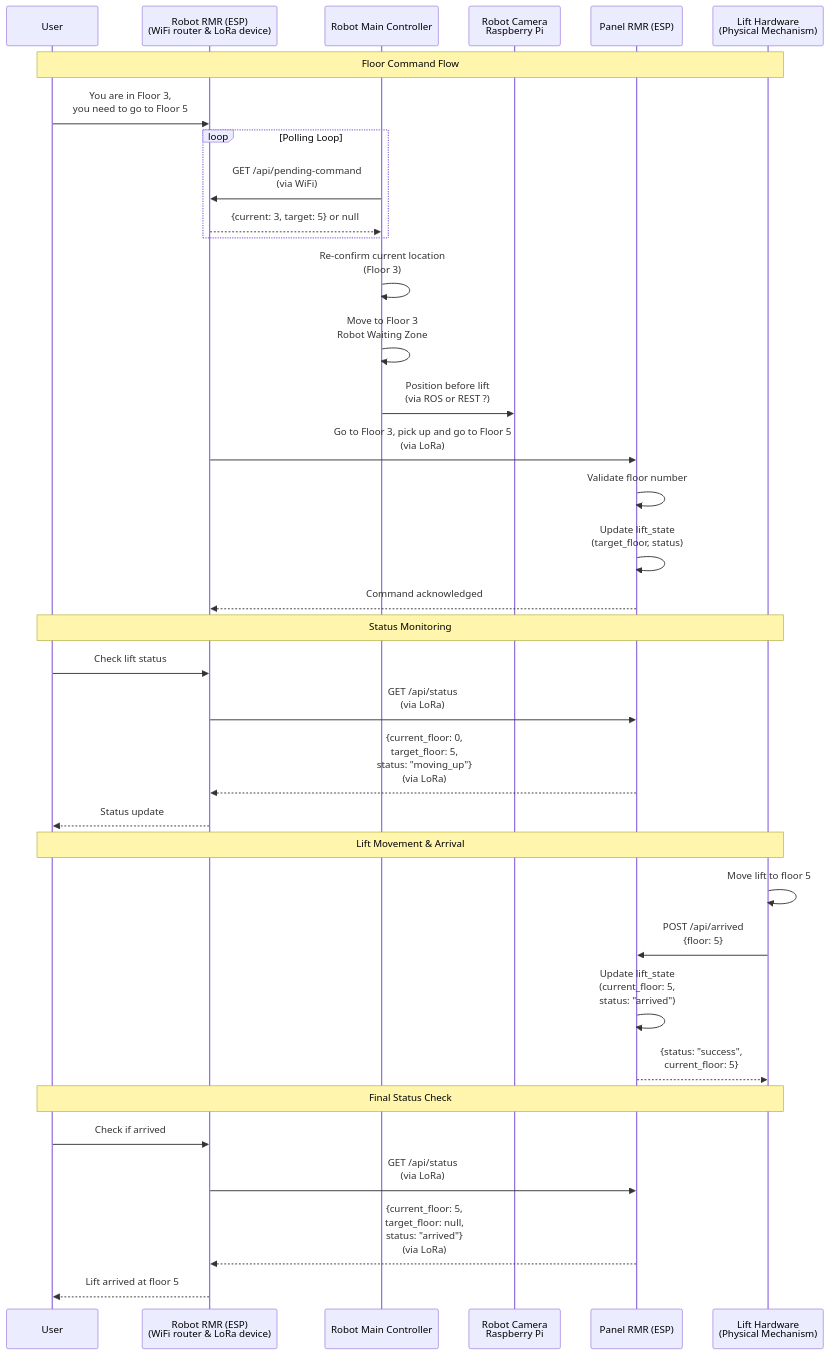
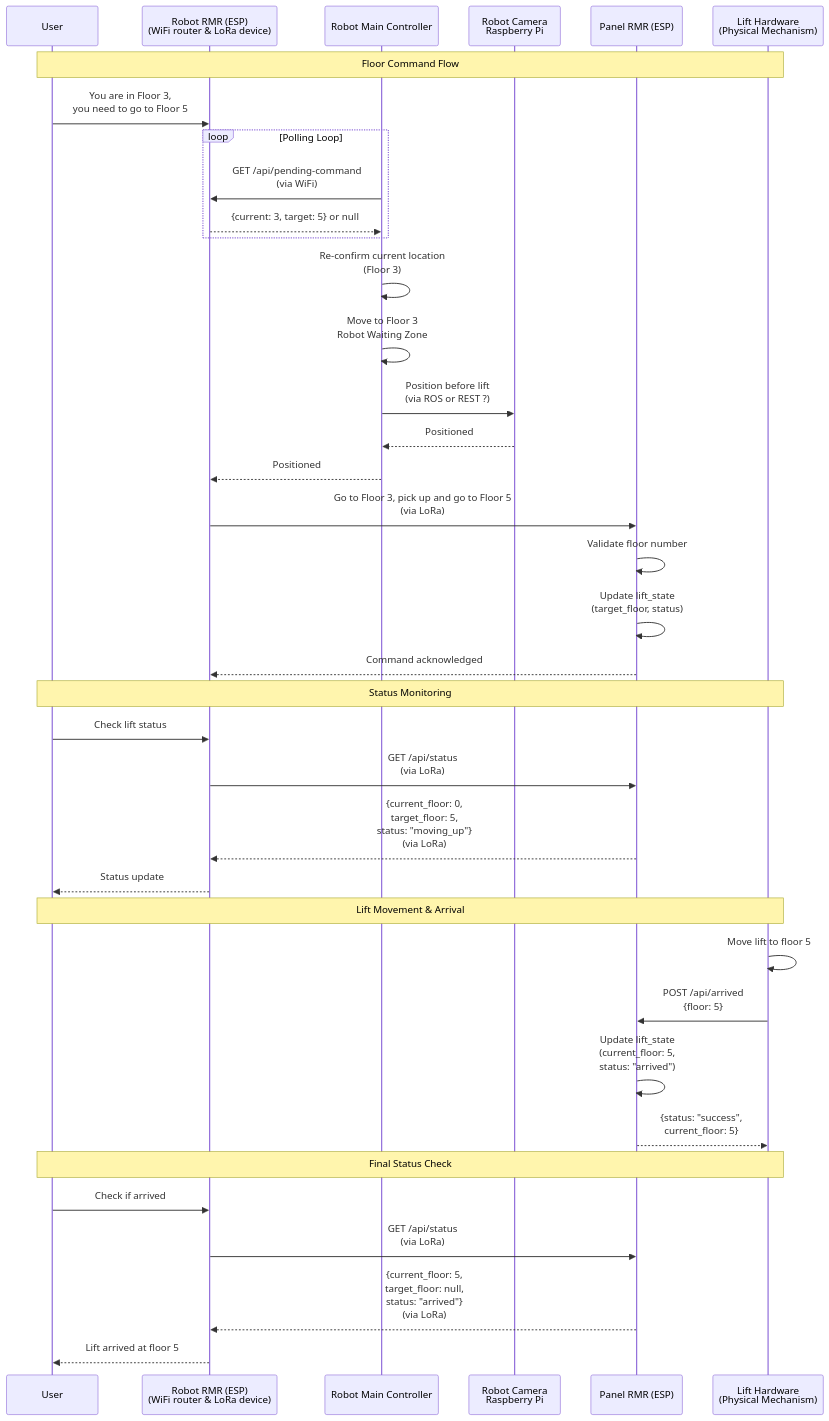
The first of 2 diagrams in sequence_diagram.md (in-is-ah/rmr), drawn with Mermaid before and after one commit.

Commit message:
Add positioning confirmation to sequence diagram

````diff
--- a/sequence_diagram.md
+++ b/sequence_diagram.md
@@ -5,41 +5,43 @@
 ```mermaid
 sequenceDiagram
     participant User
     participant ClientPi as Robot RMR (ESP)<br/>(WiFi router & LoRa device)
     participant RobotMainController as Robot Main Controller
     participant CameraModule as Robot Camera<br/>Raspberry Pi
     participant LiftService as Panel RMR (ESP)
     participant LiftHardware as Lift Hardware<br/>(Physical Mechanism)
 
     Note over User,LiftHardware: Floor Command Flow
     User->>ClientPi: You are in Floor 3,<br/>you need to go to Floor 5
     loop Polling Loop
         RobotMainController->>ClientPi: GET /api/pending-command<br/>(via WiFi)
         ClientPi-->>RobotMainController: {current: 3, target: 5} or null
     end
     RobotMainController->>RobotMainController: Re-confirm current location<br/>(Floor 3)
     RobotMainController->>RobotMainController: Move to Floor 3<br/>Robot Waiting Zone
     RobotMainController->>CameraModule: Position before lift<br/>(via ROS or REST ?)
+    CameraModule-->>RobotMainController: Positioned
+    RobotMainController-->>ClientPi: Positioned
     ClientPi->>LiftService: Go to Floor 3, pick up and go to Floor 5<br/>(via LoRa)
     LiftService->>LiftService: Validate floor number
     LiftService->>LiftService: Update lift_state<br/>(target_floor, status)
     LiftService-->>ClientPi: Command acknowledged
     
     Note over User,LiftHardware: Status Monitoring
     User->>ClientPi: Check lift status
     ClientPi->>LiftService: GET /api/status<br/>(via LoRa)
     LiftService-->>ClientPi: {current_floor: 0,<br/>target_floor: 5,<br/>status: "moving_up"}<br/>(via LoRa)
     ClientPi-->>User: Status update
     
     Note over User,LiftHardware: Lift Movement & Arrival
     LiftHardware->>LiftHardware: Move lift to floor 5
     LiftHardware->>LiftService: POST /api/arrived<br/>{floor: 5}
     LiftService->>LiftService: Update lift_state<br/>(current_floor: 5,<br/>status: "arrived")
     LiftService-->>LiftHardware: {status: "success",<br/>current_floor: 5}
     
     Note over User,LiftHardware: Final Status Check
     User->>ClientPi: Check if arrived
     ClientPi->>LiftService: GET /api/status<br/>(via LoRa)
     LiftService-->>ClientPi: {current_floor: 5,<br/>target_floor: null,<br/>status: "arrived"}<br/>(via LoRa)
     ClientPi-->>User: Lift arrived at floor 5
 ```
````
